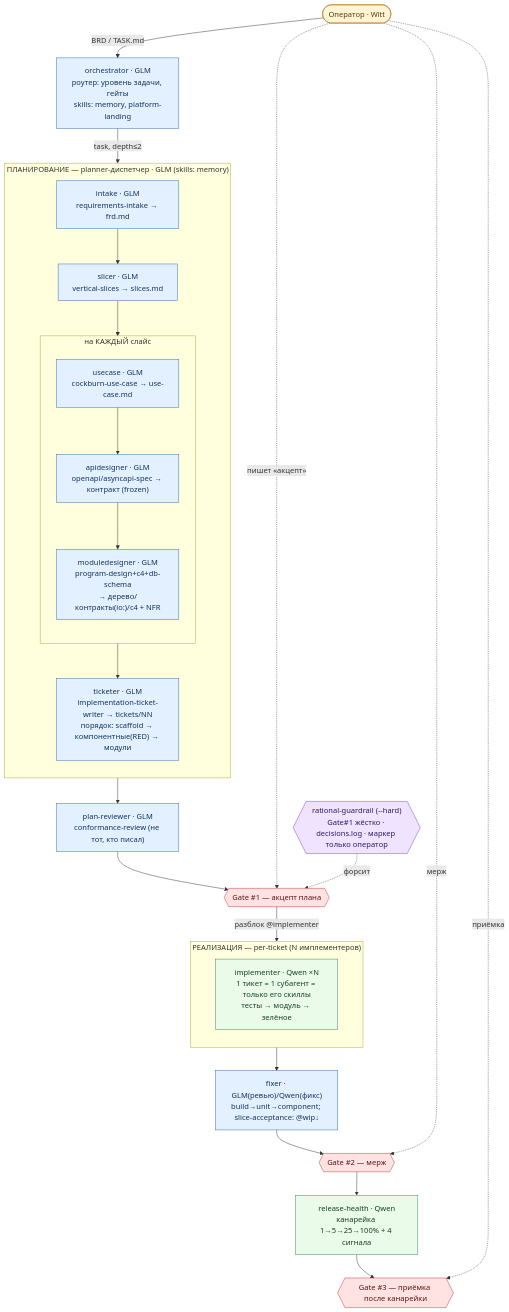
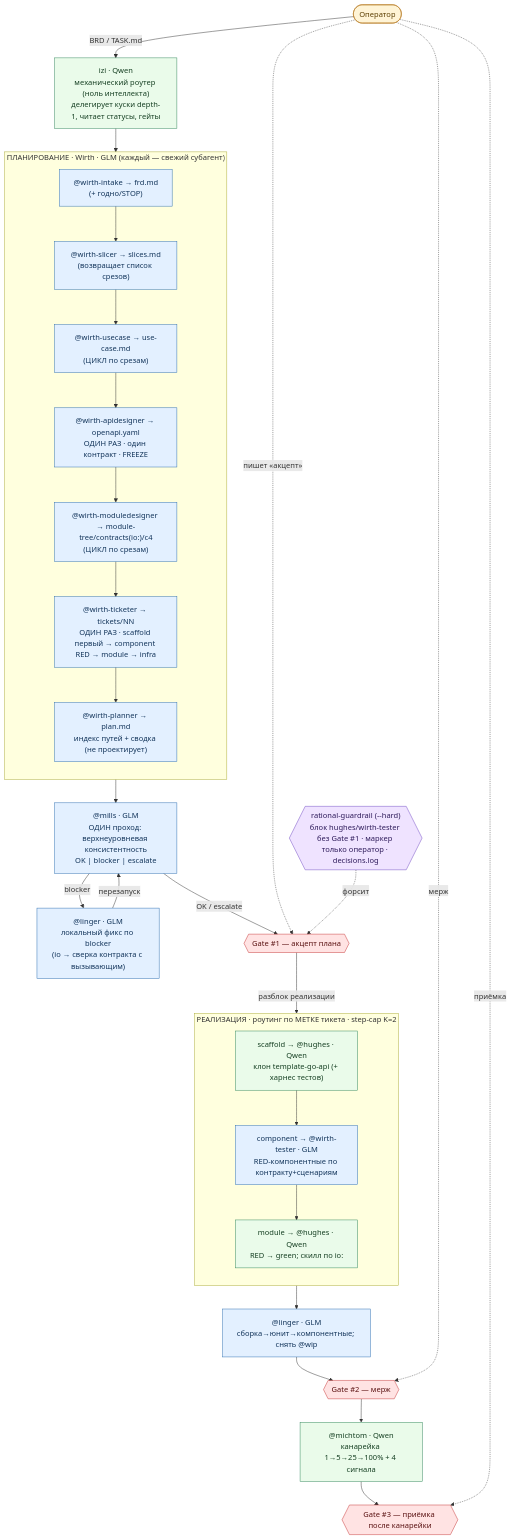
Before and after one commit to codemonstersteam/rationaldev-ai-sdlc-skills: the diagram in docs/harness-flow.md, drawn with Mermaid. The commit also changed other lines of this file and 139 other files, not shown here.

````diff
--- a/docs/harness-flow.md
+++ b/docs/harness-flow.md
@@ -7,50 +8,48 @@
 ```mermaid
 flowchart TD
-  OP([Оператор · Witt]):::human
+  OP([Оператор]):::h -->|BRD / TASK.md| IZI
 
-  ORCH["orchestrator · GLM<br/>роутер: уровень задачи, гейты<br/>skills: memory, platform-landing"]:::glm
+  IZI["izi · Qwen<br/>механический роутер (ноль интеллекта)<br/>делегирует куски depth-1, читает статусы, гейты"]:::q
 
-  subgraph PLAN["ПЛАНИРОВАНИЕ — planner-диспетчер · GLM (skills: memory)"]
+  subgraph PLAN["ПЛАНИРОВАНИЕ · Wirth · GLM (каждый — свежий субагент)"]
     direction TB
-    INT["intake · GLM<br/>requirements-intake → frd.md"]:::glm
-    SL["slicer · GLM<br/>vertical-slices → slices.md"]:::glm
-    subgraph PS["на КАЖДЫЙ слайс"]
-      direction TB
-      UC["usecase · GLM<br/>cockburn-use-case → use-case.md"]:::glm
-      API["apidesigner · GLM<br/>openapi/asyncapi-spec → контракт (frozen)"]:::glm
-      MD["moduledesigner · GLM<br/>program-design+c4+db-schema<br/>→ дерево/контракты(io:)/c4 + NFR"]:::glm
-    end
-    TK["ticketer · GLM<br/>implementation-ticket-writer → tickets/NN<br/>порядок: scaffold → компонентные(RED) → модули"]:::glm
+    INT["@wirth-intake → frd.md<br/>(+ годно/STOP)"]:::g
+    SL["@wirth-slicer → slices.md<br/>(возвращает список срезов)"]:::g
+    UC["@wirth-usecase → use-case.md<br/>(ЦИКЛ по срезам)"]:::g
+    API["@wirth-apidesigner → openapi.yaml<br/>ОДИН РАЗ · один контракт · FREEZE"]:::g
+    MD["@wirth-moduledesigner → module-tree/contracts(io:)/c4<br/>(ЦИКЛ по срезам)"]:::g
+    TK["@wirth-ticketer → tickets/NN<br/>ОДИН РАЗ · scaffold первый → component RED → module → infra"]:::g
+    PLN["@wirth-planner → plan.md<br/>индекс путей + сводка (не проектирует)"]:::g
   end
 
-  PR["plan-reviewer · GLM<br/>conformance-review (не тот, кто писал)"]:::glm
+  MILLS["@mills · GLM<br/>ОДИН проход: верхнеуровневая консистентность<br/>OK | blocker | escalate"]:::g
+  LFIX["@linger · GLM<br/>локальный фикс по blocker<br/>(io → сверка контракта с вызывающим)"]:::g
 
-  subgraph IMPL["РЕАЛИЗАЦИЯ — per-ticket (N имплементеров)"]
+  subgraph IMPL["РЕАЛИЗАЦИЯ · роутинг по МЕТКЕ тикета · step-cap K=2"]
     direction TB
-    IM["implementer · Qwen ×N<br/>1 тикет = 1 субагент = только его скиллы<br/>тесты → модуль → зелёное"]:::qwen
+    SC["scaffold → @hughes · Qwen<br/>клон template-go-api (+ харнес тестов)"]:::q
+    CT["component → @wirth-tester · GLM<br/>RED-компонентные по контракту+сценариям"]:::g
+    MOD["module → @hughes · Qwen<br/>RED → green; скилл по io:"]:::q
   end
 
-  FX["fixer · GLM(ревью)/Qwen(фикс)<br/>build→unit→component; slice-acceptance: @wip↓"]:::glm
-  RH["release-health · Qwen<br/>канарейка 1→5→25→100% + 4 сигнала"]:::qwen
+  LING["@linger · GLM<br/>сборка→юнит→компонентные; снять @wip"]:::g
+  MICH["@michtom · Qwen<br/>канарейка 1→5→25→100% + 4 сигнала"]:::q
+  GR{{"rational-guardrail (--hard)<br/>блок hughes/wirth-tester без Gate #1 · маркер только оператор · decisions.log"}}:::guard
 
-  GR{{"rational-guardrail (--hard)<br/>Gate#1 жёстко · decisions.log · маркер только оператор"}}:::guard
-
-  OP -->|BRD / TASK.md| ORCH
-  ORCH -->|task, depth≤2| INT
-  INT --> SL --> UC --> API --> MD --> TK --> PR
-  PR --> G1{{"Gate #1 — акцепт плана"}}:::gate
+  IZI --> INT --> SL --> UC --> API --> MD --> TK --> PLN --> MILLS
+  MILLS -->|blocker| LFIX -->|перезапуск| MILLS
+  MILLS -->|OK / escalate| G1{{"Gate #1 — акцепт плана"}}:::gate
   OP -. пишет «акцепт» .-> G1
   GR -. форсит .-> G1
-  G1 -->|разблок @implementer| IM
-  IM --> FX
-  FX --> G2{{"Gate #2 — мерж"}}:::gate
+  G1 -->|разблок реализации| SC
+  SC --> CT --> MOD --> LING --> G2{{"Gate #2 — мерж"}}:::gate
   OP -. мерж .-> G2
-  G2 --> RH --> G3{{"Gate #3 — приёмка после канарейки"}}:::gate
+  G2 --> MICH --> G3{{"Gate #3 — приёмка после канарейки"}}:::gate
   OP -. приёмка .-> G3
 
-  classDef glm fill:#e3f0ff,stroke:#2b6cb0,color:#12345a;
-  classDef qwen fill:#eafbea,stroke:#2f855a,color:#153f22;
-  classDef human fill:#fff4d6,stroke:#b7791f,color:#5a3d00;
+  classDef q fill:#eafbea,stroke:#2f855a,color:#153f22;
+  classDef g fill:#e3f0ff,stroke:#2b6cb0,color:#12345a;
+  classDef h fill:#fff4d6,stroke:#b7791f,color:#5a3d00;
   classDef gate fill:#ffe3e3,stroke:#c53030,color:#5a1212;
   classDef guard fill:#efe3ff,stroke:#6b46c1,color:#2d1a5a;
 ```
````
